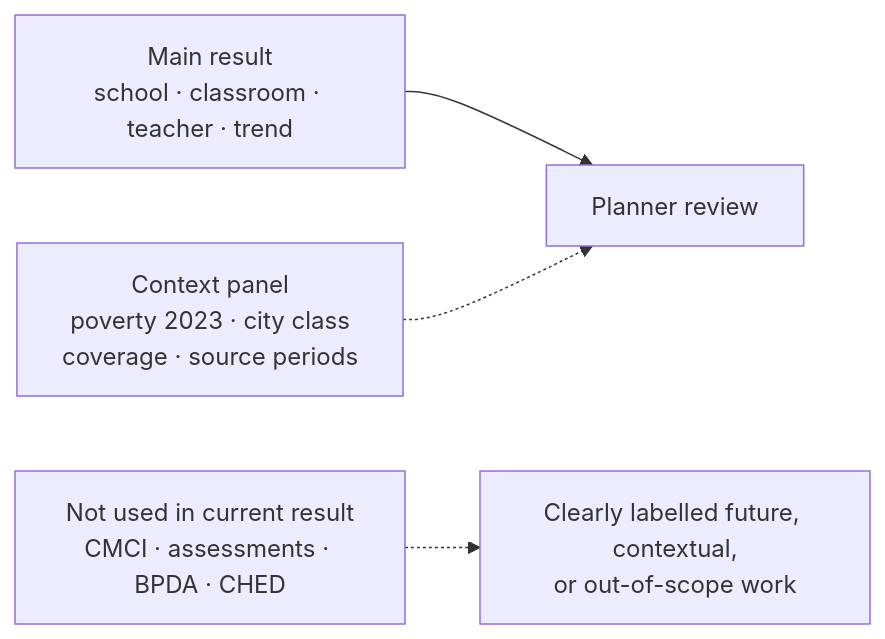
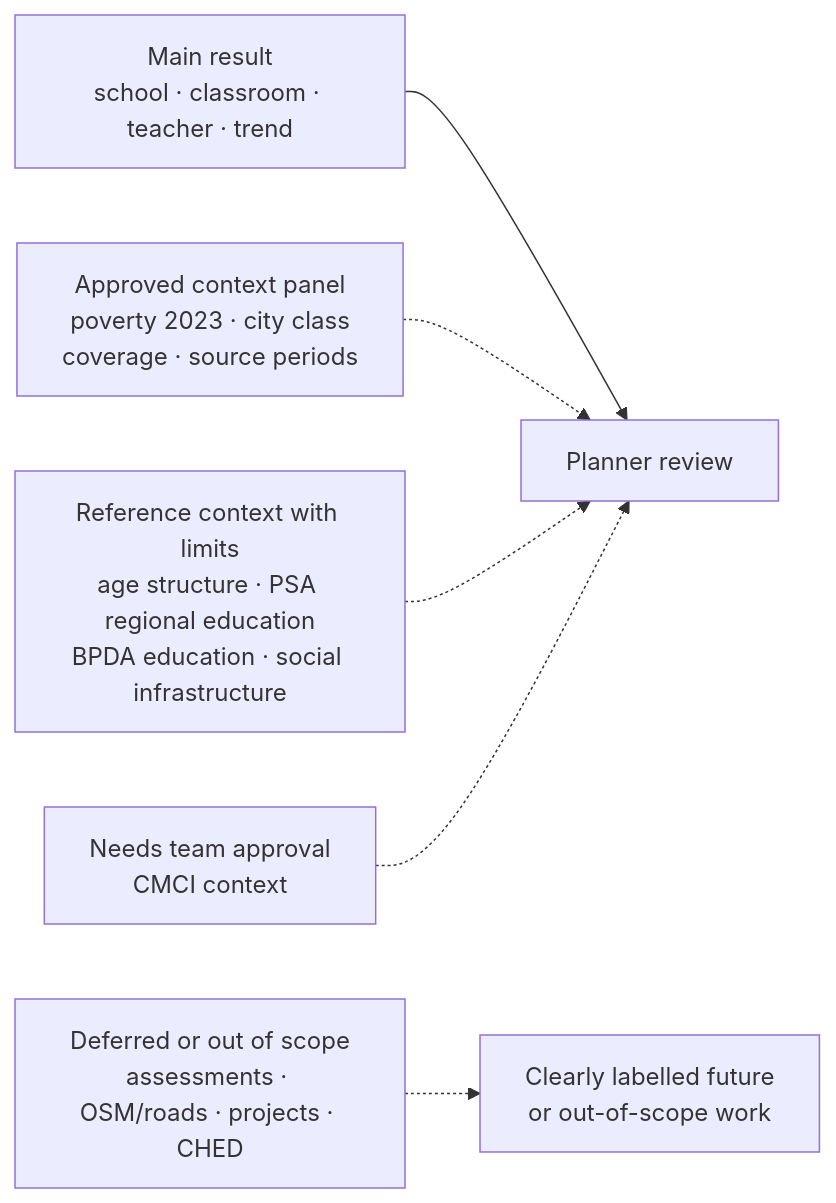
The third of 3 diagrams in docs/business/dataset-use-map.md (reached-hq/edu-access-intelligence), drawn with Mermaid before and after one commit. The commit also changed other lines of this file, not shown here.

Commit message:
Show all contextual dataset paths in the use map

````diff
--- a/docs/business/dataset-use-map.md
+++ b/docs/business/dataset-use-map.md
@@ -143,6 +148,8 @@
 ```mermaid
 flowchart LR
     R["Main result<br/>school · classroom · teacher · trend"] --> P["Planner review"]
-    C["Context panel<br/>poverty 2023 · city class<br/>coverage · source periods"] -.-> P
-    N["Not used in current result<br/>CMCI · assessments · BPDA · CHED"] -.-> X["Clearly labelled future, contextual,<br/>or out-of-scope work"]
+    C["Approved context panel<br/>poverty 2023 · city class<br/>coverage · source periods"] -.-> P
+    L["Reference context with limits<br/>age structure · PSA regional education<br/>BPDA education · social infrastructure"] -.-> P
+    A["Needs team approval<br/>CMCI context"] -.-> P
+    N["Deferred or out of scope<br/>assessments · OSM/roads · projects · CHED"] -.-> X["Clearly labelled future<br/>or out-of-scope work"]
 ```
````
